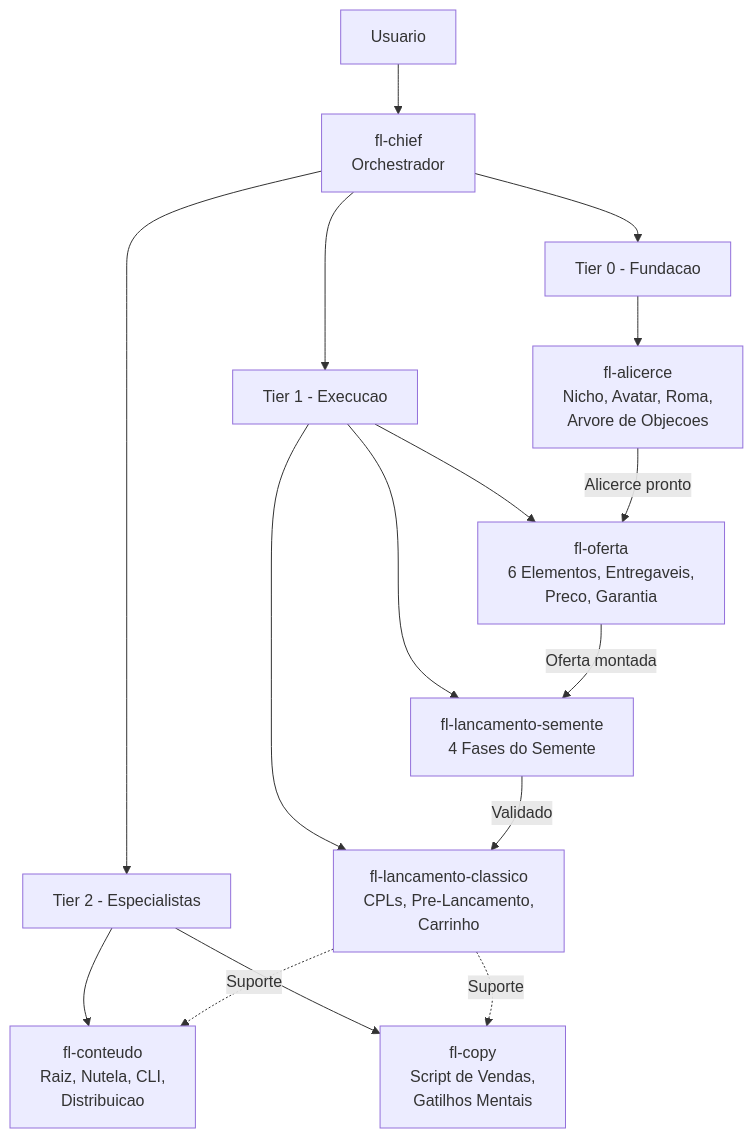
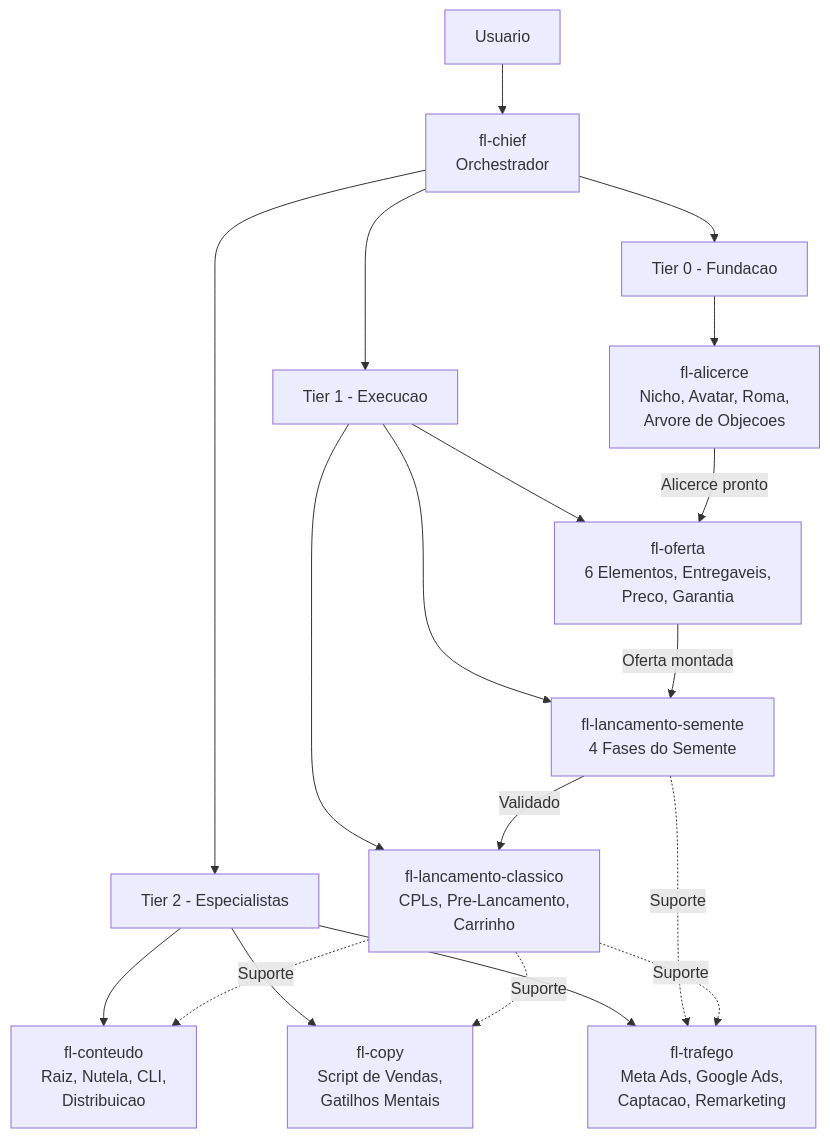
One commit to caroldsamp-cpu/projeto-yoga changed the diagram in squads/formula-lancamento/README.md. Above: the diagram before and after it, drawn with Mermaid. The commit also changed other lines of this file and 5 other files, not shown here.

````diff
--- a/squads/formula-lancamento/README.md
+++ b/squads/formula-lancamento/README.md
@@ -31,23 +32,26 @@
 ```mermaid
 graph TD
     USER[Usuario] --> CHIEF[fl-chief<br/>Orchestrador]
 
     CHIEF --> T0[Tier 0 - Fundacao]
     CHIEF --> T1[Tier 1 - Execucao]
     CHIEF --> T2[Tier 2 - Especialistas]
 
     T0 --> ALIC[fl-alicerce<br/>Nicho, Avatar, Roma,<br/>Arvore de Objecoes]
 
     T1 --> OFERTA[fl-oferta<br/>6 Elementos, Entregaveis,<br/>Preco, Garantia]
     T1 --> SEMENTE[fl-lancamento-semente<br/>4 Fases do Semente]
     T1 --> CLASSICO[fl-lancamento-classico<br/>CPLs, Pre-Lancamento,<br/>Carrinho]
 
     T2 --> CONTEUDO[fl-conteudo<br/>Raiz, Nutela, CLI,<br/>Distribuicao]
     T2 --> COPY[fl-copy<br/>Script de Vendas,<br/>Gatilhos Mentais]
+    T2 --> TRAFEGO[fl-trafego<br/>Meta Ads, Google Ads,<br/>Captacao, Remarketing]
 
     ALIC -->|Alicerce pronto| OFERTA
     OFERTA -->|Oferta montada| SEMENTE
     SEMENTE -->|Validado| CLASSICO
     CLASSICO -.->|Suporte| CONTEUDO
     CLASSICO -.->|Suporte| COPY
+    SEMENTE -.->|Suporte| TRAFEGO
+    CLASSICO -.->|Suporte| TRAFEGO
 ```
````
